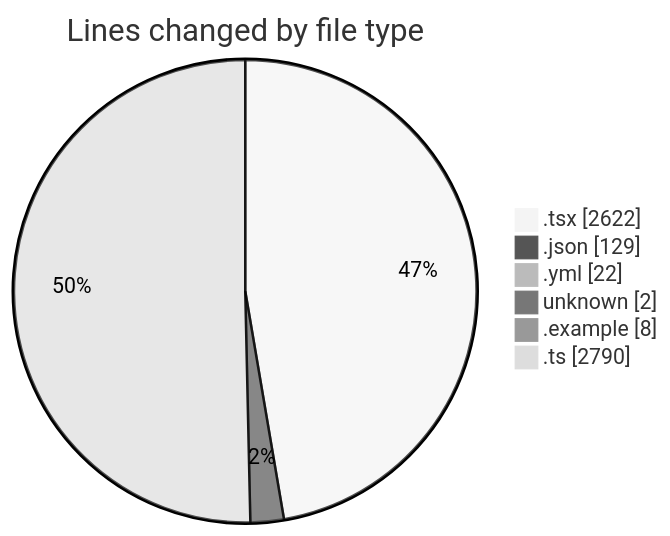
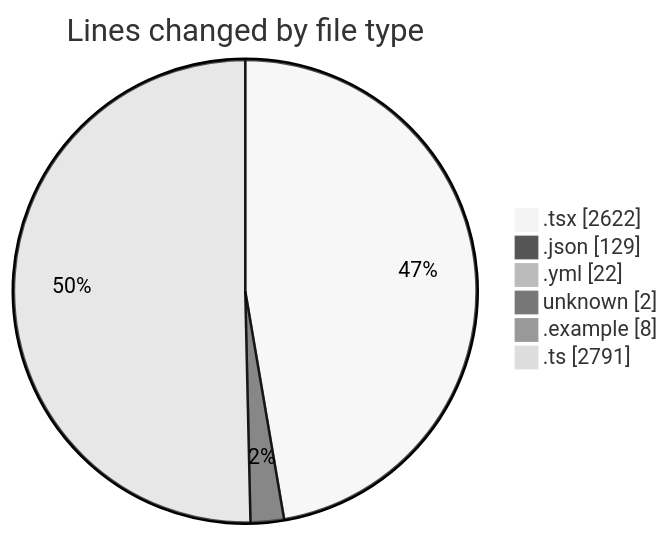
Before and after one commit to julien-gomy/code-tracking: the first of 2 diagrams in 2025-11-21/eventscop-frontend-guide__workspace_/README.md, drawn with Mermaid (neutral theme). The commit also changed other lines of this file and 1 other file, not shown here.

````diff
--- a/2025-11-21/eventscop-frontend-guide__workspace_/README.md
+++ b/2025-11-21/eventscop-frontend-guide__workspace_/README.md
@@ -59,10 +59,10 @@
 ```mermaid
 pie showData
 title Lines changed by file type
 ".tsx" : 2622
 ".json" : 129
 ".yml" : 22
 "unknown" : 2
 ".example" : 8
-".ts" : 2790
+".ts" : 2791
 ```
````
